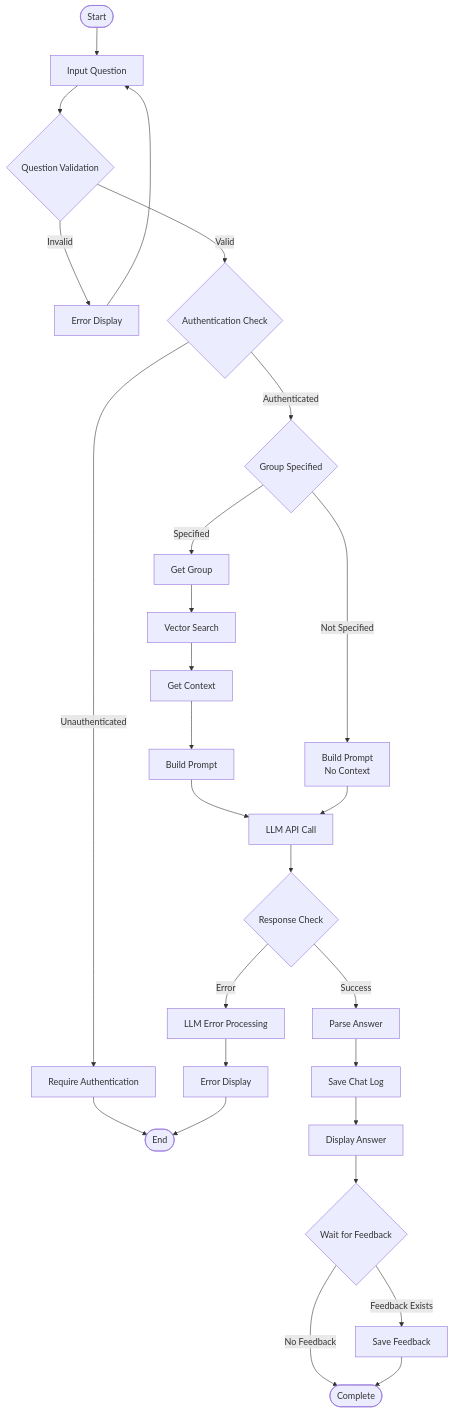
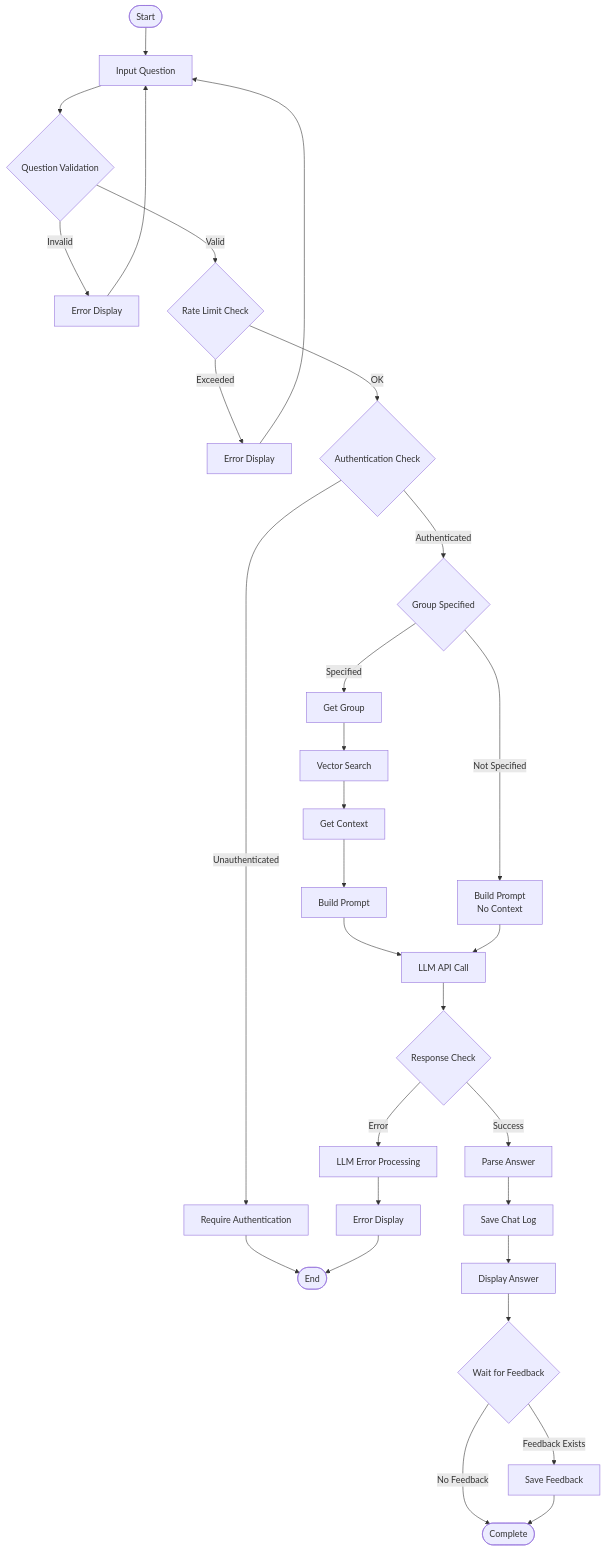
Before and after one commit to yukiharada1228/videoq: the third of 7 diagrams in docs/architecture/bpmn.md, drawn with Mermaid. The commit also changed other lines of this file and 7 other files, not shown here.

Commit message:
docs: update diagrams and README for rate limits, CACHE_URL, and popular scenes

````diff
--- a/docs/architecture/bpmn.md
+++ b/docs/architecture/bpmn.md
@@ -67,32 +70,35 @@
 ```mermaid
 flowchart TD
     Start([Start]) --> InputQuestion[Input Question]
     InputQuestion --> ValidateQuestion{Question Validation}
     ValidateQuestion -->|Invalid| ShowError[Error Display]
     ShowError --> InputQuestion
-    ValidateQuestion -->|Valid| CheckAuth{Authentication Check}
+    ValidateQuestion -->|Valid| RateLimit{"Rate Limit Check"}
+    RateLimit -->|Exceeded| ErrorRateLimit[Error Display]
+    ErrorRateLimit --> InputQuestion
+    RateLimit -->|OK| CheckAuth{Authentication Check}
     CheckAuth -->|Unauthenticated| RequireAuth[Require Authentication]
     RequireAuth --> End([End])
     CheckAuth -->|Authenticated| CheckGroup{Group Specified}
     
     CheckGroup -->|Specified| GetGroup[Get Group]
     GetGroup --> SearchVector[Vector Search]
     SearchVector --> GetContext[Get Context]
     GetContext --> BuildPrompt[Build Prompt]
     
     CheckGroup -->|Not Specified| BuildPrompt2[Build Prompt<br>No Context]
     
     BuildPrompt --> CallLLM[LLM API Call]
     BuildPrompt2 --> CallLLM
     CallLLM --> CheckResponse{Response Check}
     CheckResponse -->|Error| HandleLLMError[LLM Error Processing]
     HandleLLMError --> ShowError2[Error Display]
     ShowError2 --> End
     CheckResponse -->|Success| ParseAnswer[Parse Answer]
     ParseAnswer --> SaveLog[Save Chat Log]
     SaveLog --> DisplayAnswer[Display Answer]
     DisplayAnswer --> WaitFeedback{Wait for Feedback}
     WaitFeedback -->|Feedback Exists| SaveFeedback[Save Feedback]
     WaitFeedback -->|No Feedback| Complete
     SaveFeedback --> Complete([Complete])
 ```
````
